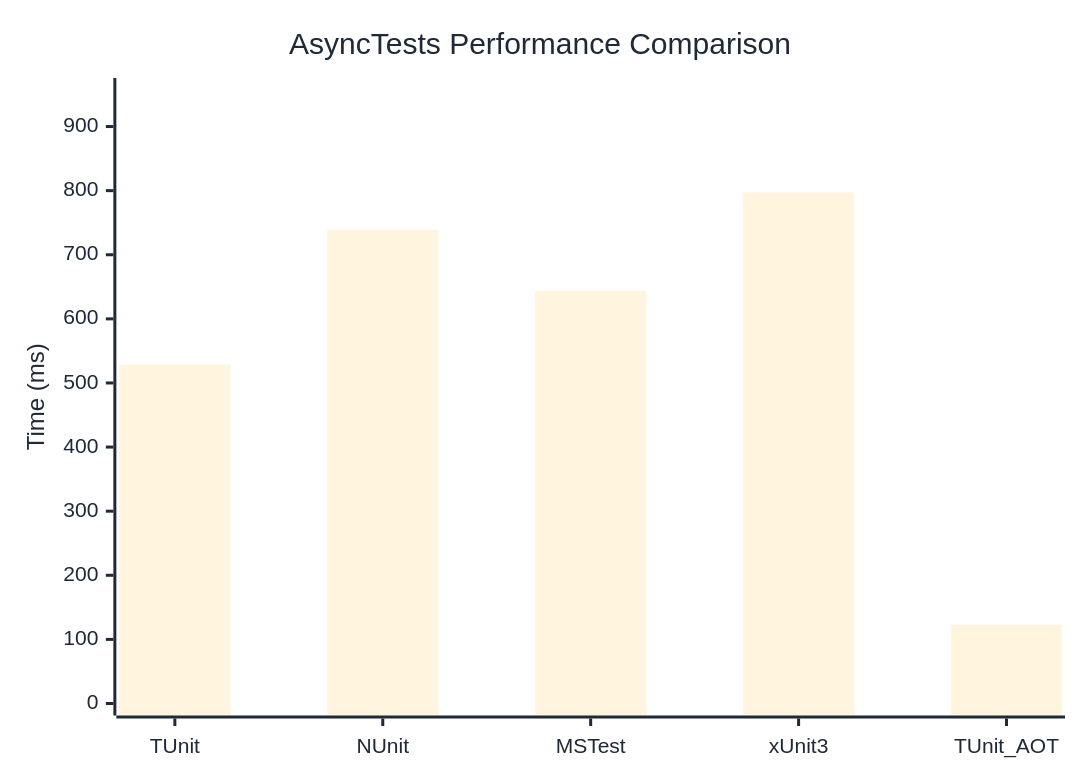
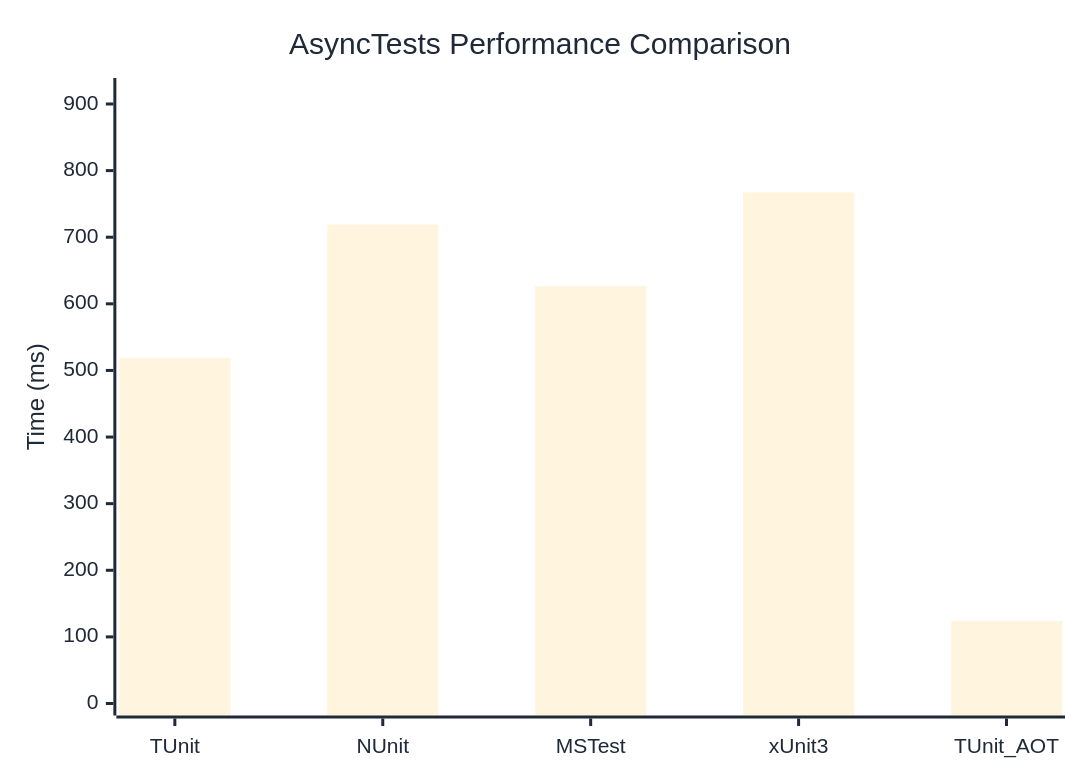
One commit to thomhurst/TUnit changed the diagram in docs/docs/benchmarks/AsyncTests.md. Above: the diagram before and after it, drawn with Mermaid. The commit also changed other lines of this file and 17 other files, not shown here.

````diff
--- a/docs/docs/benchmarks/AsyncTests.md
+++ b/docs/docs/benchmarks/AsyncTests.md
@@ -27,37 +27,37 @@
 ```mermaid
 %%{init: {
   'theme':'base',
   'themeVariables': {
     'primaryColor': '#2563eb',
     'primaryTextColor': '#1f2937',
     'primaryBorderColor': '#1e40af',
     'lineColor': '#6b7280',
     'secondaryColor': '#7c3aed',
     'tertiaryColor': '#dc2626',
     'background': '#ffffff',
     'mainBkg': '#2563eb',
     'secondBkg': '#7c3aed',
     'tertiaryBkg': '#dc2626',
     'clusterBkg': '#f3f4f6',
     'edgeLabelBackground': '#ffffff',
     'tertiaryTextColor': '#1f2937',
     'pie1': '#2563eb',
     'pie2': '#7c3aed',
     'pie3': '#dc2626',
     'pie4': '#f59e0b',
     'pie5': '#10b981',
     'pie6': '#06b6d4',
     'pie7': '#ec4899',
     'pie8': '#6366f1',
     'pie9': '#84cc16',
     'pie10': '#f97316',
     'pie11': '#14b8a6',
     'pie12': '#a855f7'
   }
 }}%%
 xychart-beta
   title "AsyncTests Performance Comparison"
   x-axis ["TUnit", "NUnit", "MSTest", "xUnit3", "TUnit_AOT"]
-  y-axis "Time (ms)" 0 --> 957
-  bar [528.8, 739.1, 644, 797.3, 122.9]
+  y-axis "Time (ms)" 0 --> 921
+  bar [518.3, 719, 626.4, 767.4, 123.9]
 ```
````
